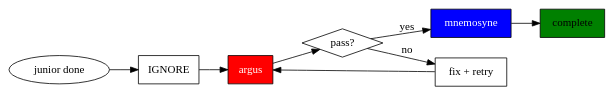
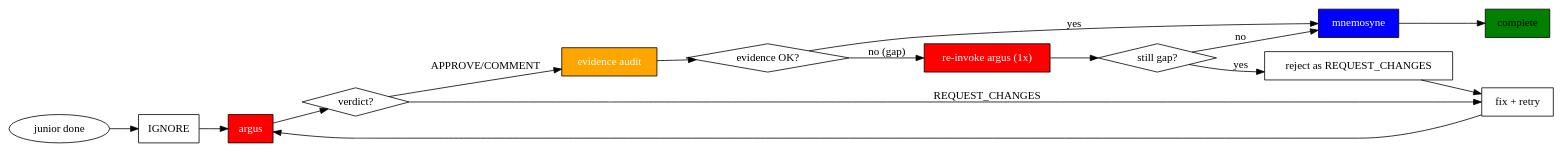
Before and after one commit to toongri/oh-my-toong-playground: the second of 4 diagrams in skills/sisyphus/SKILL.md, drawn with Graphviz. The commit also changed other lines of this file and 2 other files, not shown here.

Commit message:
feat: Evidence Audit Gate 및 evidence 저장 프로토콜 추가

````diff
--- a/skills/sisyphus/SKILL.md
+++ b/skills/sisyphus/SKILL.md
@@ -148,18 +150,30 @@
 ```dot
 digraph verification_flow {
     rankdir=LR;
     "junior done" [shape=ellipse];
     "IGNORE" [shape=box];
     "argus" [shape=box, style=filled, fillcolor=red, fontcolor=white];
-    "pass?" [shape=diamond];
+    "verdict?" [shape=diamond];
+    "evidence audit" [shape=box, style=filled, fillcolor=orange, fontcolor=white];
+    "evidence OK?" [shape=diamond];
+    "re-invoke argus (1x)" [shape=box, style=filled, fillcolor=red, fontcolor=white];
+    "still gap?" [shape=diamond];
+    "reject as REQUEST_CHANGES" [shape=box];
     "mnemosyne" [shape=box, style=filled, fillcolor=blue, fontcolor=white];
     "complete" [shape=box, style=filled, fillcolor=green];
     "fix + retry" [shape=box];
 
-    "junior done" -> "IGNORE" -> "argus" -> "pass?";
-    "pass?" -> "mnemosyne" [label="yes"];
-    "pass?" -> "fix + retry" [label="no"];
+    "junior done" -> "IGNORE" -> "argus" -> "verdict?";
+    "verdict?" -> "fix + retry" [label="REQUEST_CHANGES"];
+    "verdict?" -> "evidence audit" [label="APPROVE/COMMENT"];
+    "evidence audit" -> "evidence OK?";
+    "evidence OK?" -> "mnemosyne" [label="yes"];
+    "evidence OK?" -> "re-invoke argus (1x)" [label="no (gap)"];
+    "re-invoke argus (1x)" -> "still gap?";
+    "still gap?" -> "mnemosyne" [label="no"];
+    "still gap?" -> "reject as REQUEST_CHANGES" [label="yes"];
     "mnemosyne" -> "complete";
     "fix + retry" -> "argus";
+    "reject as REQUEST_CHANGES" -> "fix + retry";
 }
 ```
````
